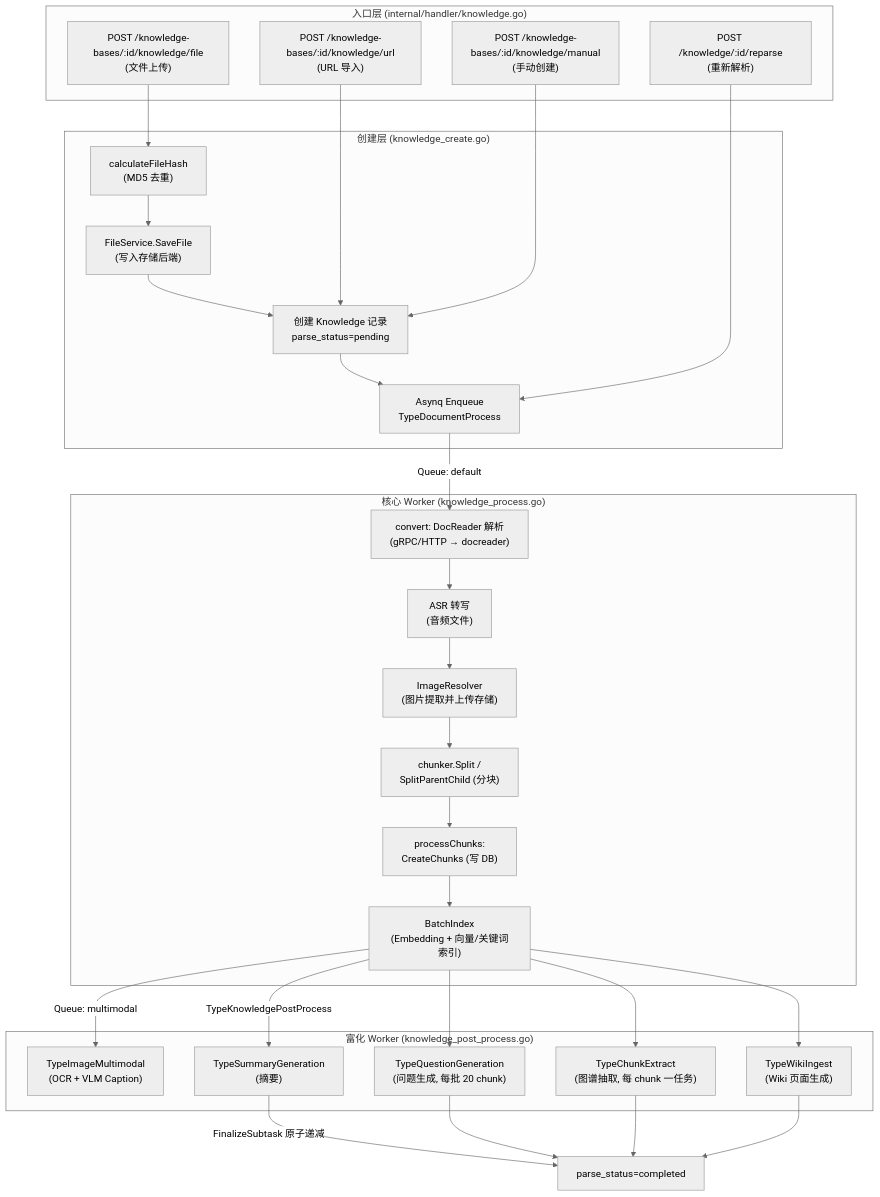
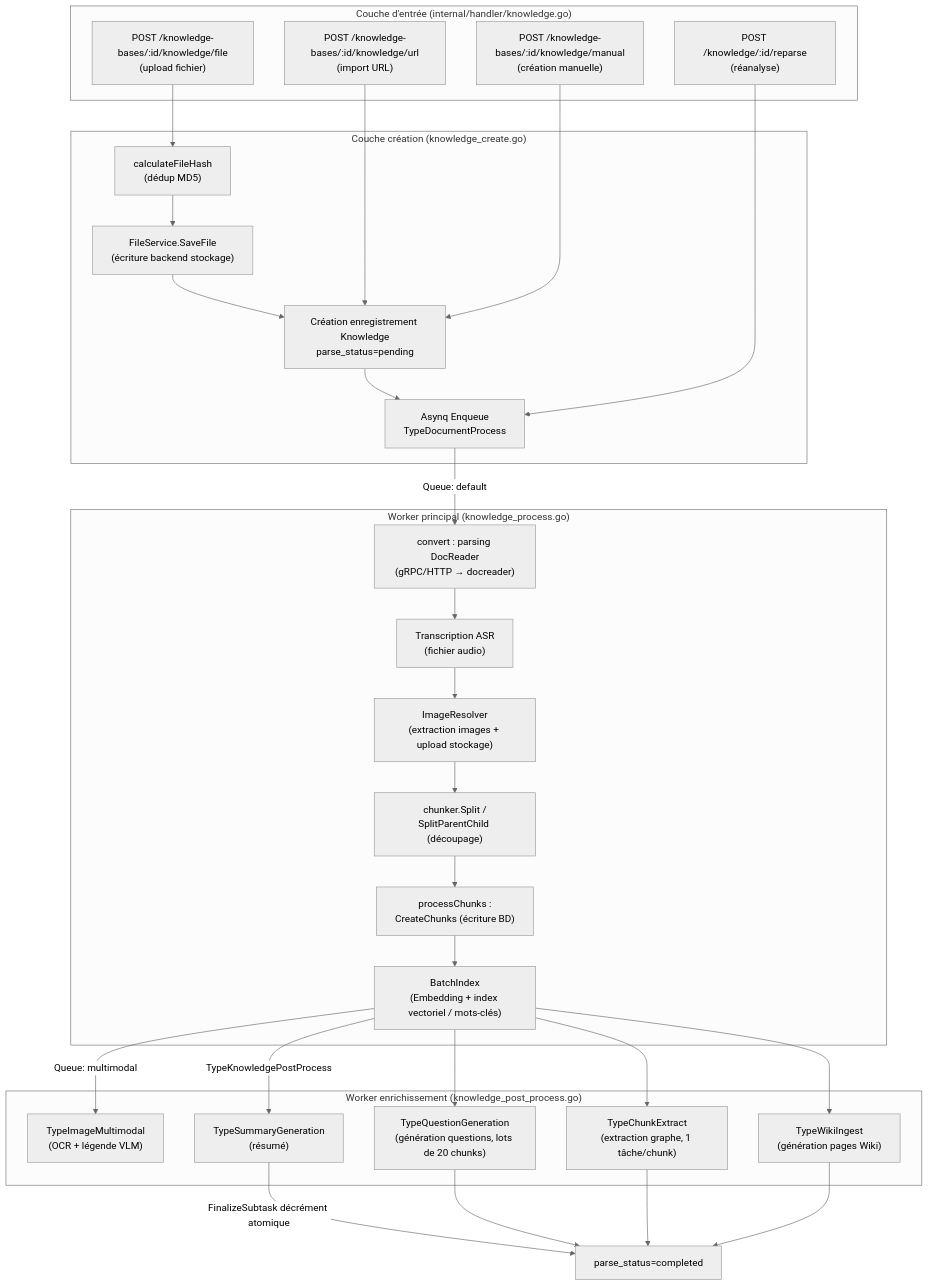
The first of 2 diagrams in website-docs/02-architecture/03-document-pipeline.md (samiriggui-code/gsms-template), drawn with Mermaid (neutral theme) before and after one commit. The commit also changed other lines of this file and 301 other files, not shown here.

````diff
--- a/website-docs/02-architecture/03-document-pipeline.md
+++ b/website-docs/02-architecture/03-document-pipeline.md
@@ -14,49 +14,49 @@
 ```mermaid
 flowchart TD
-    subgraph Entry["入口层 (internal/handler/knowledge.go)"]
-        A1["POST /knowledge-bases/:id/knowledge/file<br/>(文件上传)"]
-        A2["POST /knowledge-bases/:id/knowledge/url<br/>(URL 导入)"]
-        A3["POST /knowledge-bases/:id/knowledge/manual<br/>(手动创建)"]
-        A4["POST /knowledge/:id/reparse<br/>(重新解析)"]
+    subgraph Entry["Couche d'entrée (internal/handler/knowledge.go)"]
+        A1["POST /knowledge-bases/:id/knowledge/file<br/>(upload fichier)"]
+        A2["POST /knowledge-bases/:id/knowledge/url<br/>(import URL)"]
+        A3["POST /knowledge-bases/:id/knowledge/manual<br/>(création manuelle)"]
+        A4["POST /knowledge/:id/reparse<br/>(réanalyse)"]
     end
 
-    subgraph Create["创建层 (knowledge_create.go)"]
-        B1["calculateFileHash<br/>(MD5 去重)"]
-        B2["FileService.SaveFile<br/>(写入存储后端)"]
-        B3["创建 Knowledge 记录<br/>parse_status=pending"]
+    subgraph Create["Couche création (knowledge_create.go)"]
+        B1["calculateFileHash<br/>(dédup MD5)"]
+        B2["FileService.SaveFile<br/>(écriture backend stockage)"]
+        B3["Création enregistrement Knowledge<br/>parse_status=pending"]
         B4["Asynq Enqueue<br/>TypeDocumentProcess"]
     end
 
-    subgraph Worker["核心 Worker (knowledge_process.go)"]
-        C1["convert: DocReader 解析<br/>(gRPC/HTTP → docreader)"]
-        C1a["ASR 转写<br/>(音频文件)"]
-        C2["ImageResolver<br/>(图片提取并上传存储)"]
-        C3["chunker.Split /<br/>SplitParentChild (分块)"]
-        C4["processChunks:<br/>CreateChunks (写 DB)"]
-        C5["BatchIndex<br/>(Embedding + 向量/关键词索引)"]
+    subgraph Worker["Worker principal (knowledge_process.go)"]
+        C1["convert : parsing DocReader<br/>(gRPC/HTTP → docreader)"]
+        C1a["Transcription ASR<br/>(fichier audio)"]
+        C2["ImageResolver<br/>(extraction images + upload stockage)"]
+        C3["chunker.Split /<br/>SplitParentChild (découpage)"]
+        C4["processChunks :<br/>CreateChunks (écriture BD)"]
+        C5["BatchIndex<br/>(Embedding + index vectoriel / mots-clés)"]
     end
 
-    subgraph Enrich["富化 Worker (knowledge_post_process.go)"]
-        D1["TypeImageMultimodal<br/>(OCR + VLM Caption)"]
-        D2["TypeSummaryGeneration<br/>(摘要)"]
-        D3["TypeQuestionGeneration<br/>(问题生成, 每批 20 chunk)"]
-        D4["TypeChunkExtract<br/>(图谱抽取, 每 chunk 一任务)"]
-        D5["TypeWikiIngest<br/>(Wiki 页面生成)"]
+    subgraph Enrich["Worker enrichissement (knowledge_post_process.go)"]
+        D1["TypeImageMultimodal<br/>(OCR + légende VLM)"]
+        D2["TypeSummaryGeneration<br/>(résumé)"]
+        D3["TypeQuestionGeneration<br/>(génération questions, lots de 20 chunks)"]
+        D4["TypeChunkExtract<br/>(extraction graphe, 1 tâche/chunk)"]
+        D5["TypeWikiIngest<br/>(génération pages Wiki)"]
     end
 
     A1 --> B1 --> B2 --> B3 --> B4
     A2 --> B3
     A3 --> B3
     A4 --> B4
     B4 -->|"Queue: default"| C1
     C1 --> C1a --> C2 --> C3 --> C4 --> C5
     C5 -->|"Queue: multimodal"| D1
     C5 -->|"TypeKnowledgePostProcess"| D2
     C5 --> D3
     C5 --> D4
     C5 --> D5
-    D2 -->|"FinalizeSubtask 原子递减"| E["parse_status=completed"]
+    D2 -->|"FinalizeSubtask décrément atomique"| E["parse_status=completed"]
     D3 --> E
     D4 --> E
     D5 --> E
 ```
````
